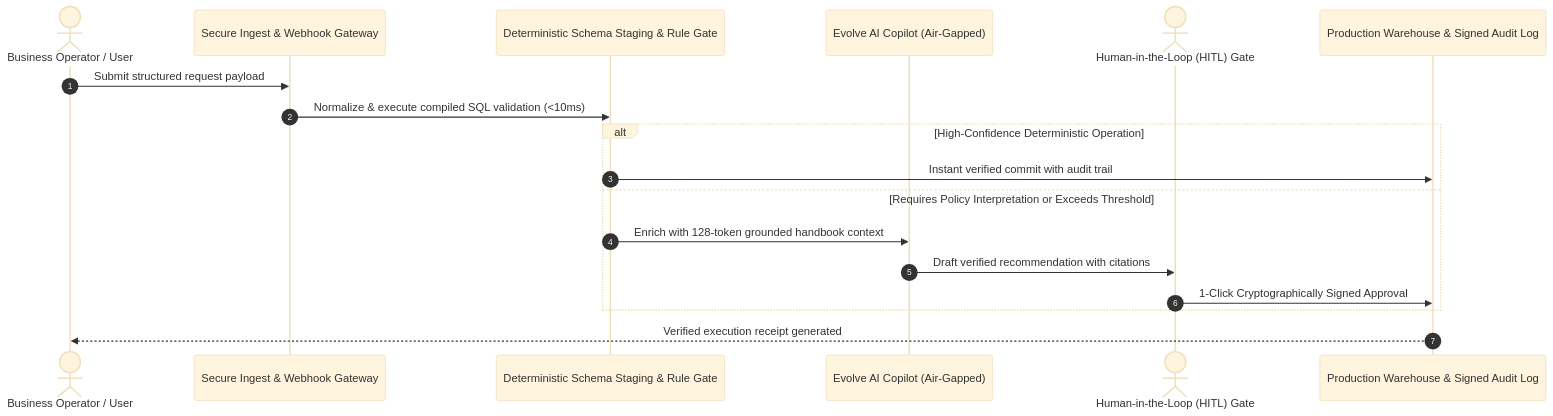
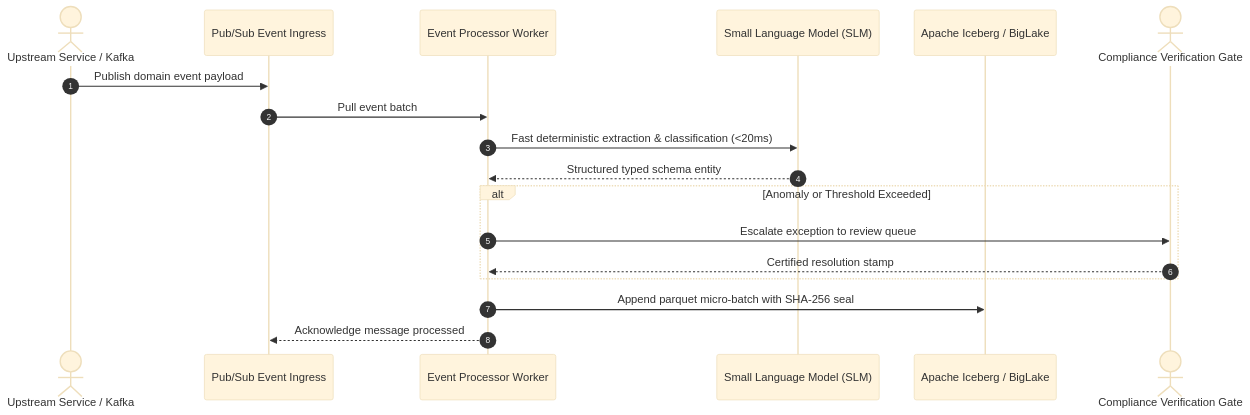
One commit to EvolveMinds/codeforge-ai-vscode changed the diagram in docs/WORKFLOW_TOPOLOGY.md. Above: the diagram before and after it, drawn with Mermaid (base theme). The commit also changed other lines of this file and 10 other files, not shown here.

Commit message:
feat(fde): add enterprise client architecture document ingestion engine and Virtual Guide routing

````diff
--- a/docs/WORKFLOW_TOPOLOGY.md
+++ b/docs/WORKFLOW_TOPOLOGY.md
@@ -4,21 +4,21 @@
 ```mermaid
 sequenceDiagram
     autonumber
-    actor User as Business Operator / User
-    participant Gateway as Secure Ingest & Webhook Gateway
-    participant Staging as Deterministic Schema Staging & Rule Gate
-    participant AI as Evolve AI Copilot (Air-Gapped)
-    actor Supervisor as Human-in-the-Loop (HITL) Gate
-    participant ProdDB as Production Warehouse & Signed Audit Log
+    actor Producer as Upstream Service / Kafka
+    participant Queue as Pub/Sub Event Ingress
+    participant Worker as Event Processor Worker
+    participant Model as Small Language Model (SLM)
+    participant Lake as Apache Iceberg / BigLake
+    actor Audit as Compliance Verification Gate
     
-    User->>Gateway: Submit structured request payload
-    Gateway->>Staging: Normalize & execute compiled SQL validation (<10ms)
-    alt High-Confidence Deterministic Operation
-        Staging->>ProdDB: Instant verified commit with audit trail
-    else Requires Policy Interpretation or Exceeds Threshold
-        Staging->>AI: Enrich with 128-token grounded handbook context
-        AI->>Supervisor: Draft verified recommendation with citations
-        Supervisor->>ProdDB: 1-Click Cryptographically Signed Approval
+    Producer->>Queue: Publish domain event payload
+    Queue->>Worker: Pull event batch
+    Worker->>Model: Fast deterministic extraction & classification (<20ms)
+    Model-->>Worker: Structured typed schema entity
+    alt Anomaly or Threshold Exceeded
+        Worker->>Audit: Escalate exception to review queue
+        Audit-->>Worker: Certified resolution stamp
     end
-    ProdDB-->>User: Verified execution receipt generated
+    Worker->>Lake: Append parquet micro-batch with SHA-256 seal
+    Worker-->>Queue: Acknowledge message processed
 ```
````
